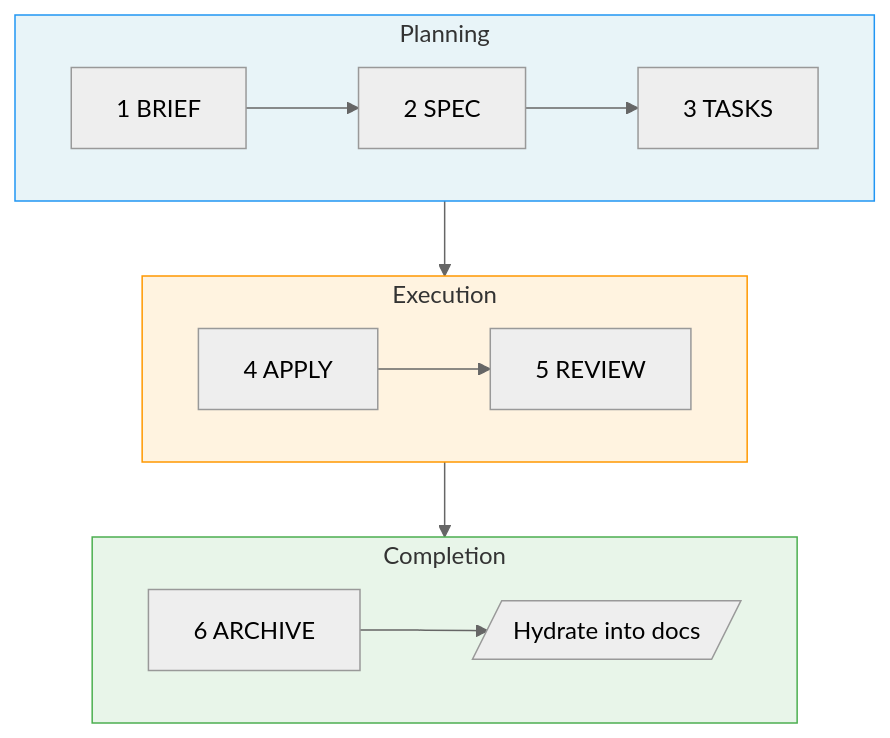
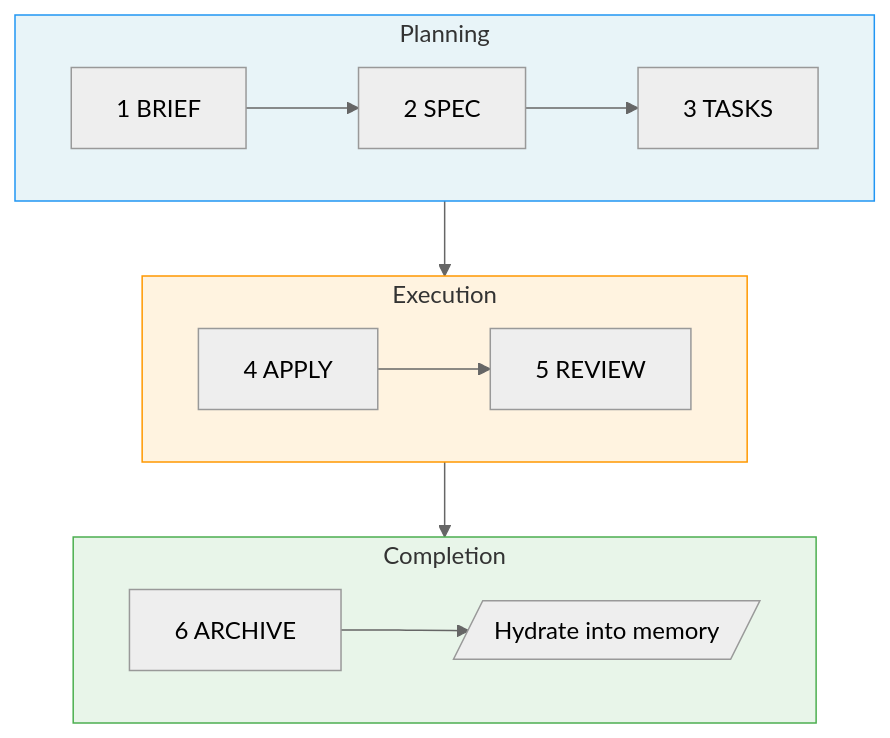
Before and after one commit to wvrdz/fab-kit: the first of 2 diagrams in fab/specs/overview.md, drawn with Mermaid (neutral theme). The commit also changed other lines of this file and 44 other files, not shown here.

````diff
--- a/fab/specs/overview.md
+++ b/fab/specs/overview.md
@@ -97,22 +97,22 @@
 ```mermaid
 flowchart TD
     subgraph planning ["Planning"]
         direction LR
         B["1 BRIEF"] --> S["2 SPEC"] --> T["3 TASKS"]
     end
     subgraph execution ["Execution"]
         direction LR
         A["4 APPLY"] --> V["5 REVIEW"]
     end
     subgraph completion ["Completion"]
         direction LR
-        AR["6 ARCHIVE"] --> H[/"Hydrate into docs"/]
+        AR["6 ARCHIVE"] --> H[/"Hydrate into memory"/]
     end
 
     T --> A
     V --> AR
 
     style planning fill:#e8f4f8,stroke:#2196F3
     style execution fill:#fff3e0,stroke:#FF9800
     style completion fill:#e8f5e9,stroke:#4CAF50
 ```
````
